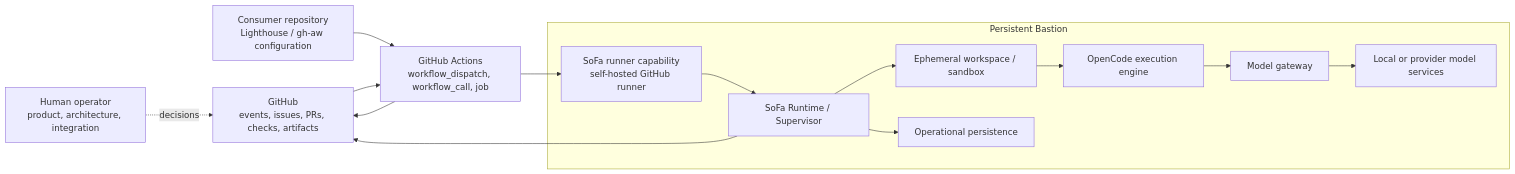
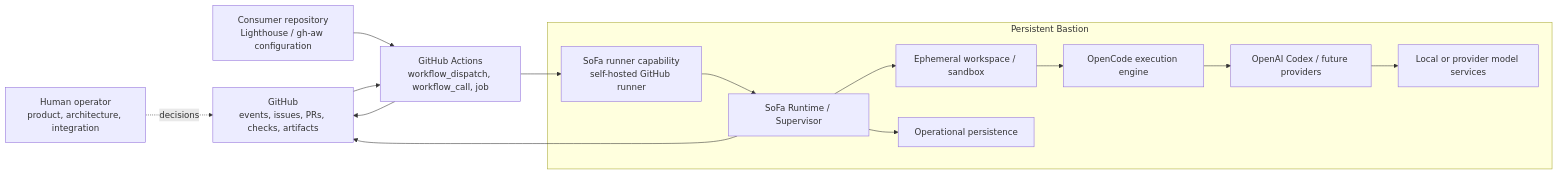
The first of 2 diagrams in docs/architecture/03-context-and-scope/README.md (juangcarmona/sofa), drawn with Mermaid before and after one commit. The commit also changed other lines of this file and 16 other files, not shown here.

Commit message:
docs(architecture): define Bastion OpenCode Codex boundary

````diff
--- a/docs/architecture/03-context-and-scope/README.md
+++ b/docs/architecture/03-context-and-scope/README.md
@@ -13,30 +13,31 @@
 ```mermaid
 flowchart LR
+    accTitle: SoFa system context and external boundaries
     Operator["Human operator\nproduct, architecture, integration"]
     Repo["Consumer repository\nLighthouse / gh-aw configuration"]
     GitHub["GitHub\nevents, issues, PRs, checks, artifacts"]
     Actions["GitHub Actions\nworkflow_dispatch, workflow_call, job"]
 
     subgraph Bastion["Persistent Bastion"]
         SoFa["SoFa Runtime / Supervisor"]
         Runner["SoFa runner capability\nself-hosted GitHub runner"]
         Sandbox["Ephemeral workspace / sandbox"]
         Engine["OpenCode execution engine"]
-        Gateway["Model gateway"]
+        Provider["OpenAI Codex / future providers"]
         Models["Local or provider model services"]
         Store["Operational persistence"]
     end
 
     Operator -. decisions .-> GitHub
     Repo --> Actions
     GitHub --> Actions
     Actions --> Runner
     Runner --> SoFa
     SoFa --> Sandbox
     Sandbox --> Engine
-    Engine --> Gateway
-    Gateway --> Models
+    Engine --> Provider
+    Provider --> Models
     SoFa --> Store
     Actions --> GitHub
     SoFa --> GitHub
 ```
````
